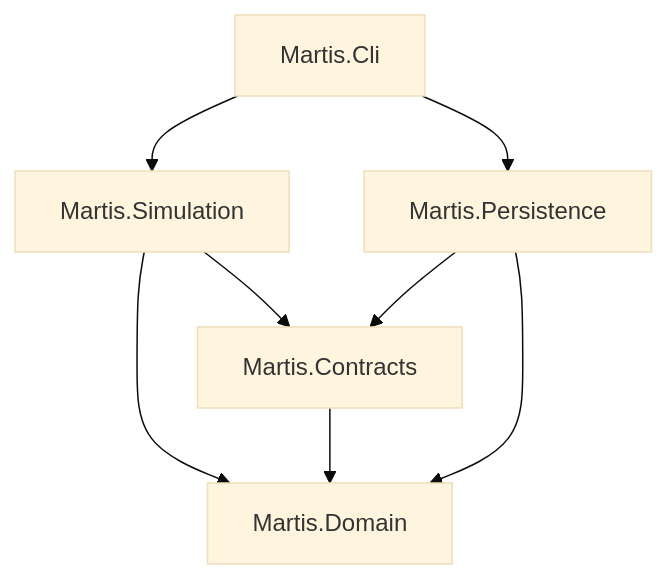
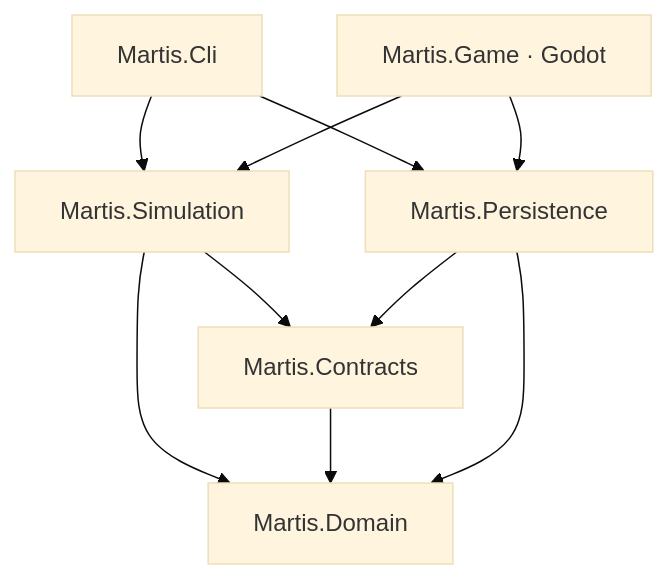
The diagram in README.md (CerealKillerjs/martis), drawn with Mermaid (base theme) before and after one commit. The commit also changed other lines of this file and 46 other files, not shown here.

First line of the commit message:
T08: juego 3D en Godot 4.7.2 sobre GameSession

````diff
--- a/README.md
+++ b/README.md
@@ -93,10 +95,12 @@
 ```mermaid
 graph TD
   Cli[Martis.Cli] --> Simulation[Martis.Simulation]
   Cli --> Persistence[Martis.Persistence]
   Simulation --> Domain[Martis.Domain]
   Simulation --> Contracts
   Contracts[Martis.Contracts] --> Domain
   Persistence --> Contracts
   Persistence --> Domain
+  Game[Martis.Game · Godot] --> Simulation
+  Game --> Persistence
 ```
````
